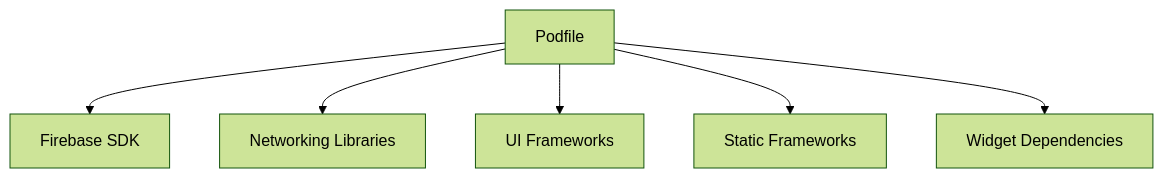
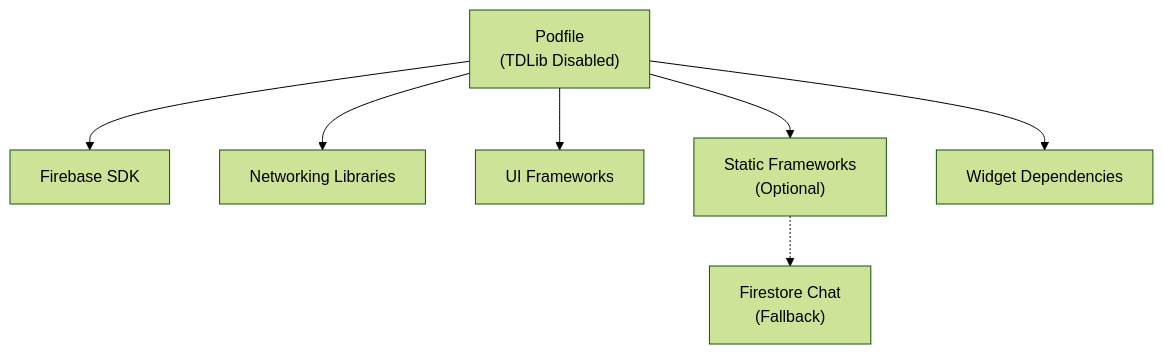
The sixth of 6 diagrams in .qoder/repowiki/en/content/Mobile Platforms (iOS & Android)/iOS Implementation & Configuration/iOS Implementation & Configuration.md (raihom-netizen/com.gestaoyahwehios.app), drawn with Mermaid (forest theme) before and after one commit. The commit also changed other lines of this file and 161 other files, not shown here.

````diff
--- a/.qoder/repowiki/en/content/Mobile Platforms (iOS & Android)/iOS Implementation & Configuration/iOS Implementation & Configuration.md
+++ b/.qoder/repowiki/en/content/Mobile Platforms (iOS & Android)/iOS Implementation & Configuration/iOS Implementation & Configuration.md
@@ -245,14 +262,16 @@
 ```mermaid
 graph TB
-Podfile["Podfile"]
+Podfile["Podfile<br/>(TDLib Disabled)"]
 Firebase["Firebase SDK"]
 Networking["Networking Libraries"]
 UI["UI Frameworks"]
-StaticFW["Static Frameworks"]
+StaticFW["Static Frameworks<br/>(Optional)"]
 WidgetDeps["Widget Dependencies"]
+Firestore["Firestore Chat<br/>(Fallback)"]
 Podfile --> Firebase
 Podfile --> Networking
 Podfile --> UI
 Podfile --> StaticFW
 Podfile --> WidgetDeps
+StaticFW -.-> Firestore
 ```
````
